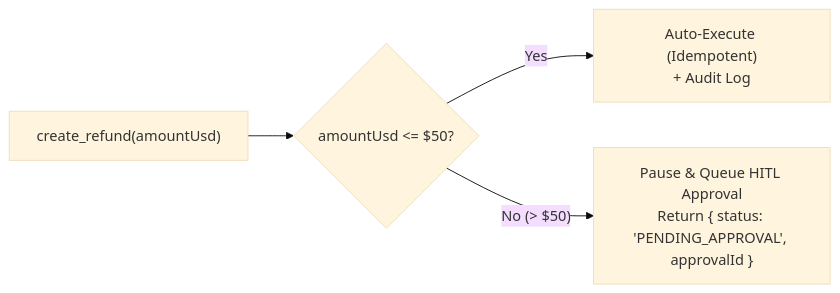
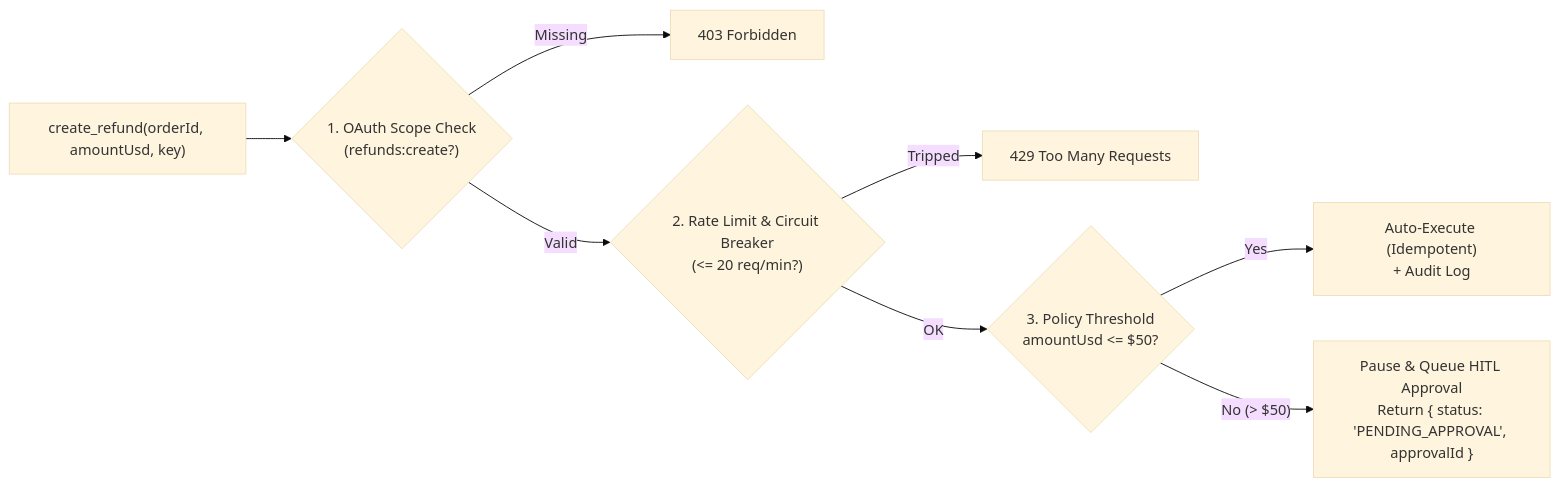
The first of 2 diagrams in Lecture 30 - Enterprise APIs OpenAPI-to-MCP and Computer-Use/notes/04_Approval_Bound_Actions_and_Connector_Governance.md (Amie-dev/FDE-and-GenAI-Mastery), drawn with Mermaid (base theme) before and after one commit. The commit also changed other lines of this file and 92 other files, not shown here.

````diff
--- a/Lecture 30 - Enterprise APIs OpenAPI-to-MCP and Computer-Use/notes/04_Approval_Bound_Actions_and_Connector_Governance.md
+++ b/Lecture 30 - Enterprise APIs OpenAPI-to-MCP and Computer-Use/notes/04_Approval_Bound_Actions_and_Connector_Governance.md
@@ -25,6 +28,10 @@
 ```mermaid
 flowchart LR
-    Call["create_refund(amountUsd)"] --> Policy{"amountUsd <= $50?"}
+    Call["create_refund(orderId, amountUsd, key)"] --> Auth{"1. OAuth Scope Check<br/>(refunds:create?)"}
+    Auth -->|"Missing"| Deny["403 Forbidden"]
+    Auth -->|"Valid"| Rate{"2. Rate Limit & Circuit Breaker<br/>(<= 20 req/min?)"}
+    Rate -->|"Tripped"| Throttle["429 Too Many Requests"]
+    Rate -->|"OK"| Policy{"3. Policy Threshold<br/>amountUsd <= $50?"}
     Policy -->|"Yes"| Auto["Auto-Execute (Idempotent)<br/>+ Audit Log"]
     Policy -->|"No (> $50)"| Queue["Pause & Queue HITL Approval<br/>Return { status: 'PENDING_APPROVAL', approvalId }"]
 ```
````
